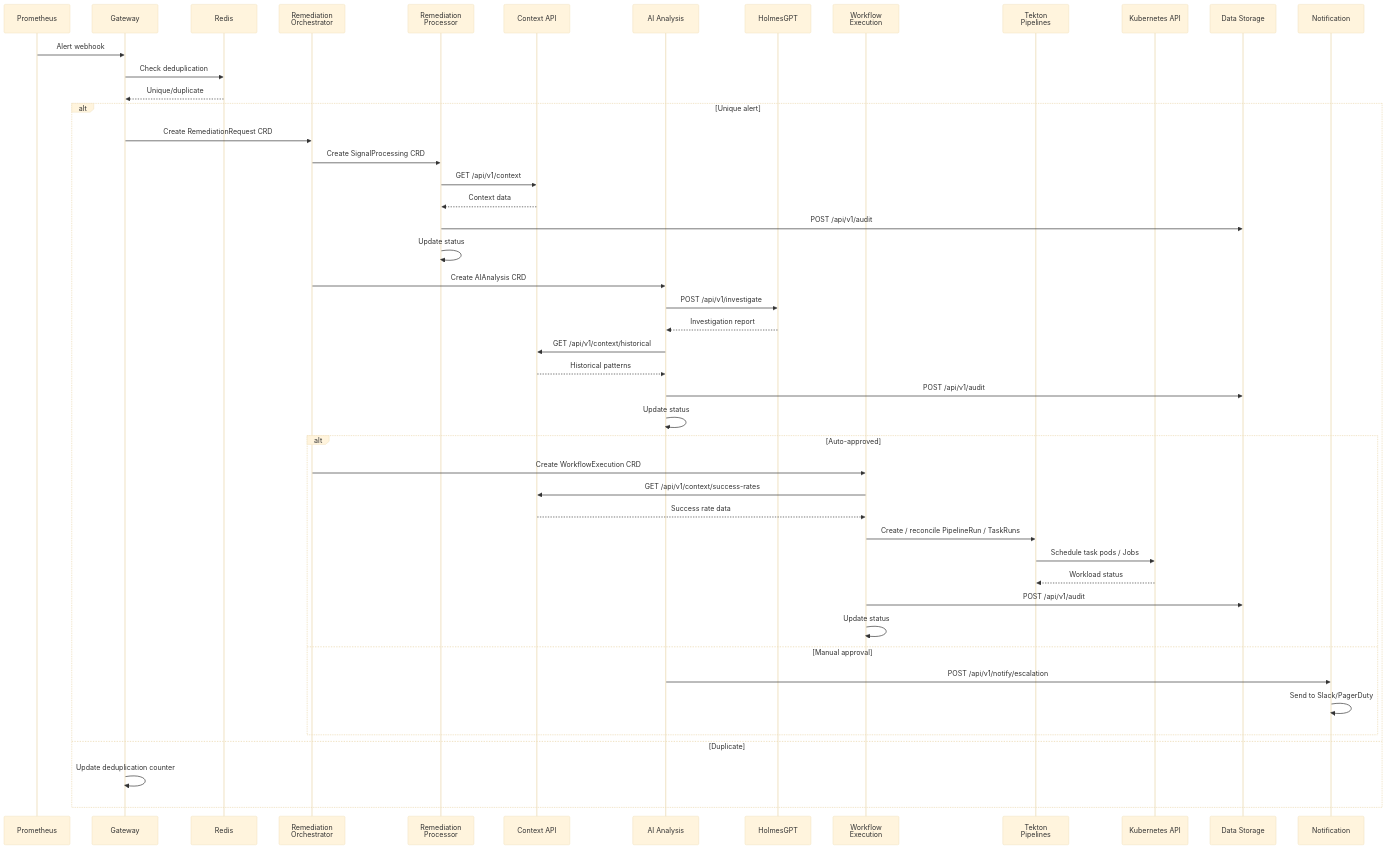
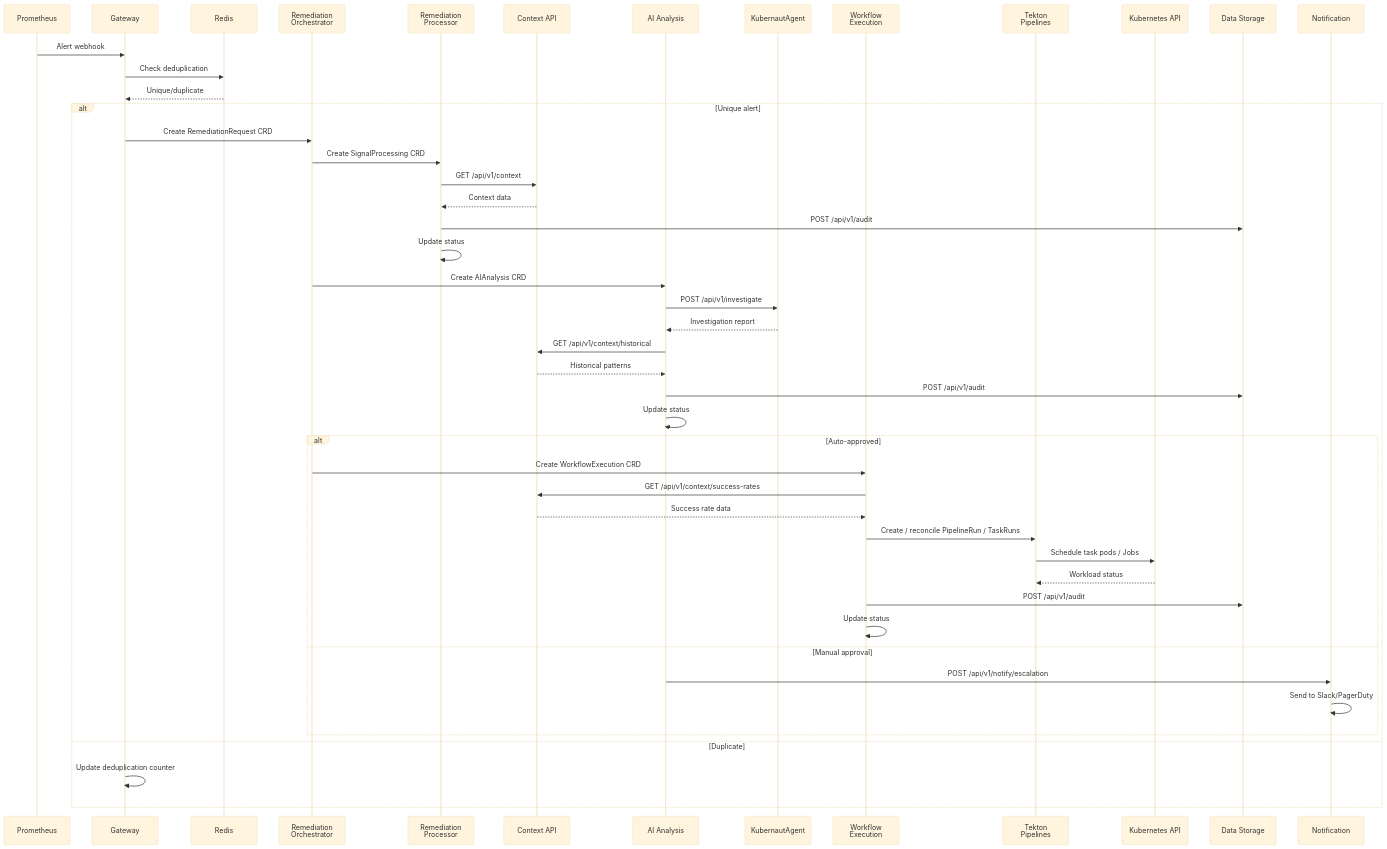
Before and after one commit to jordigilh/kubernaut: the fourth of 8 diagrams in docs/architecture/SERVICE_DEPENDENCY_MAP.md, drawn with Mermaid (base theme). The commit also changed other lines of this file and 19 other files, not shown here.

````diff
--- a/docs/architecture/SERVICE_DEPENDENCY_MAP.md
+++ b/docs/architecture/SERVICE_DEPENDENCY_MAP.md
@@ -357,53 +365,53 @@
 ```mermaid
 sequenceDiagram
     participant P as Prometheus
     participant GW as Gateway
     participant R as Redis
     participant RO as Remediation<br/>Orchestrator
     participant RP as Remediation<br/>Processor
     participant CA as Context API
     participant AI as AI Analysis
-    participant HG as HolmesGPT
+    participant HG as KubernautAgent
     participant WE as Workflow<br/>Execution
     participant TEK as Tekton<br/>Pipelines
     participant K8 as Kubernetes API
     participant DS as Data Storage
     participant NS as Notification
 
     P->>GW: Alert webhook
     GW->>R: Check deduplication
     R-->>GW: Unique/duplicate
 
     alt Unique alert
         GW->>RO: Create RemediationRequest CRD
         RO->>RP: Create SignalProcessing CRD
         RP->>CA: GET /api/v1/context
         CA-->>RP: Context data
         RP->>DS: POST /api/v1/audit
         RP->>RP: Update status
 
         RO->>AI: Create AIAnalysis CRD
         AI->>HG: POST /api/v1/investigate
         HG-->>AI: Investigation report
         AI->>CA: GET /api/v1/context/historical
         CA-->>AI: Historical patterns
         AI->>DS: POST /api/v1/audit
         AI->>AI: Update status
 
         alt Auto-approved
             RO->>WE: Create WorkflowExecution CRD
             WE->>CA: GET /api/v1/context/success-rates
             CA-->>WE: Success rate data
             WE->>TEK: Create / reconcile PipelineRun / TaskRuns
             TEK->>K8: Schedule task pods / Jobs
             K8-->>TEK: Workload status
             WE->>DS: POST /api/v1/audit
             WE->>WE: Update status
         else Manual approval
             AI->>NS: POST /api/v1/notify/escalation
             NS->>NS: Send to Slack/PagerDuty
         end
     else Duplicate
         GW->>GW: Update deduplication counter
     end
 ```
````
